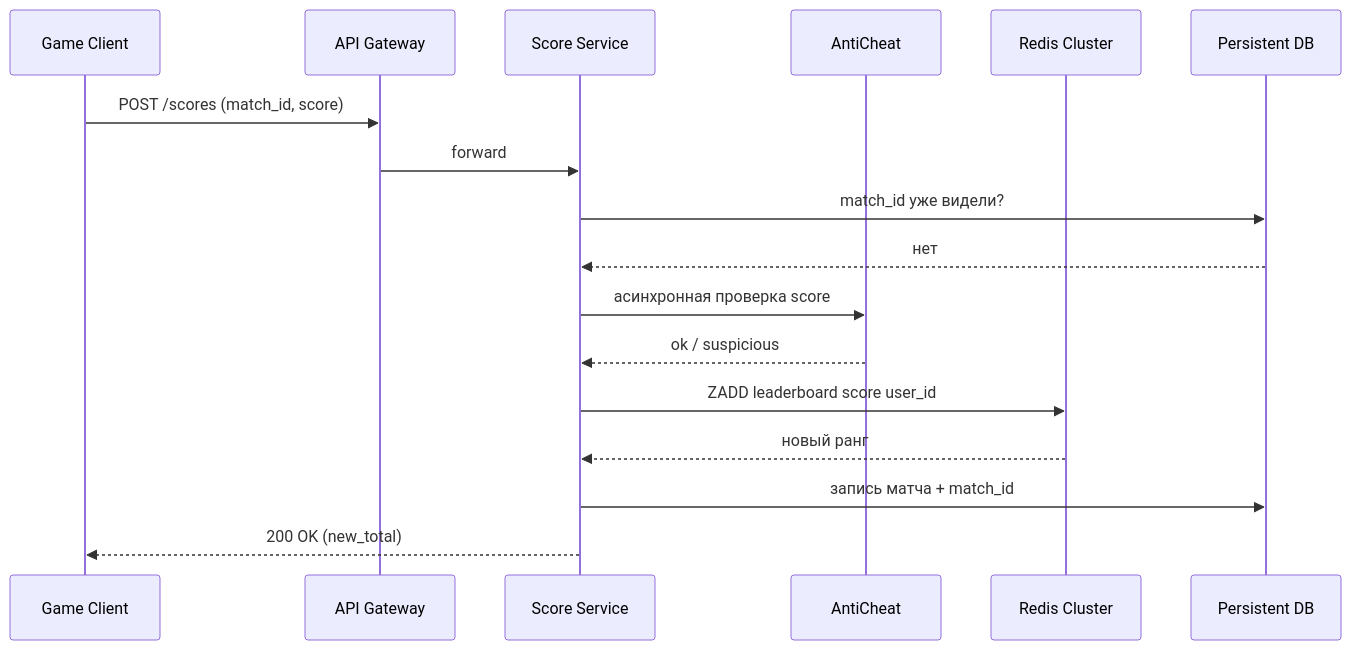
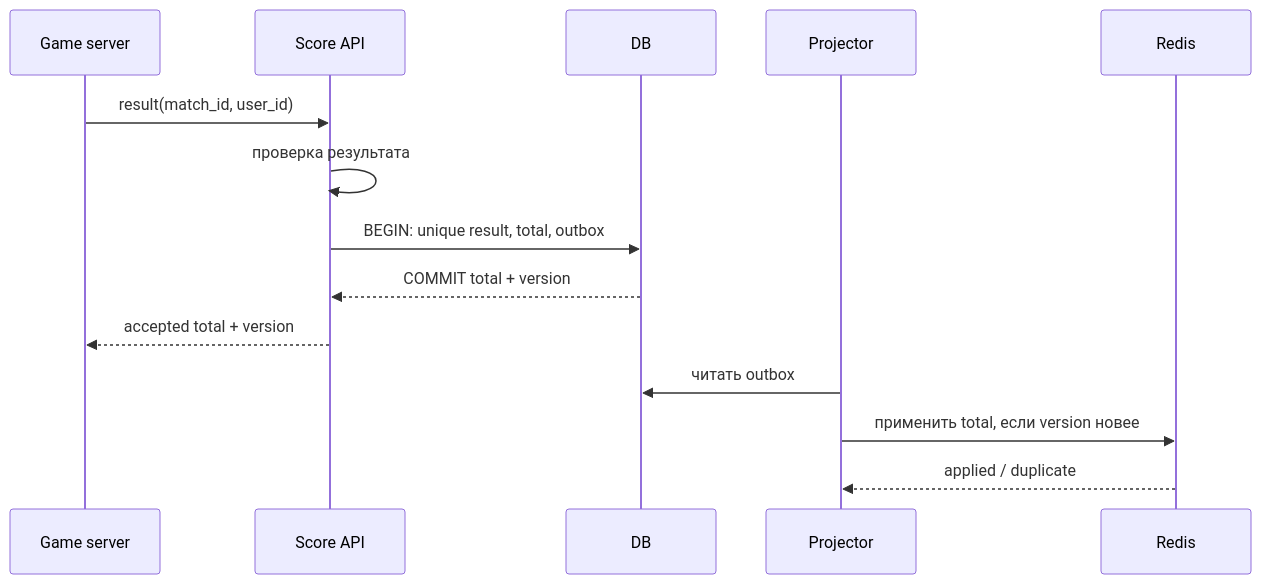
The second of 5 diagrams in 02-case-studies/leaderboard.md (AlohaJava/system-design-interview-chamkin), drawn with Mermaid before and after one commit. The commit also changed other lines of this file and 49 other files, not shown here.

````diff
--- a/02-case-studies/leaderboard.md
+++ b/02-case-studies/leaderboard.md
@@ -136,20 +117,16 @@
 ```mermaid
 sequenceDiagram
-    participant C as Game Client
-    participant GW as API Gateway
-    participant SS as Score Service
-    participant AC as AntiCheat
-    participant R as Redis Cluster
-    participant DB as Persistent DB
-
-    C->>GW: POST /scores (match_id, score)
-    GW->>SS: forward
-    SS->>DB: match_id уже видели?
-    DB-->>SS: нет
-    SS->>AC: асинхронная проверка score
-    AC-->>SS: ok / suspicious
-    SS->>R: ZADD leaderboard score user_id
-    R-->>SS: новый ранг
-    SS->>DB: запись матча + match_id
-    SS-->>C: 200 OK (new_total)
+    participant G as Game server
+    participant S as Score API
+    participant D as DB
+    participant W as Projector
+    participant R as Redis
+    G->>S: result(match_id, user_id)
+    S->>S: проверка результата
+    S->>D: BEGIN: unique result, total, outbox
+    D-->>S: COMMIT total + version
+    S-->>G: accepted total + version
+    W->>D: читать outbox
+    W->>R: применить total, если version новее
+    R-->>W: applied / duplicate
 ```
````
